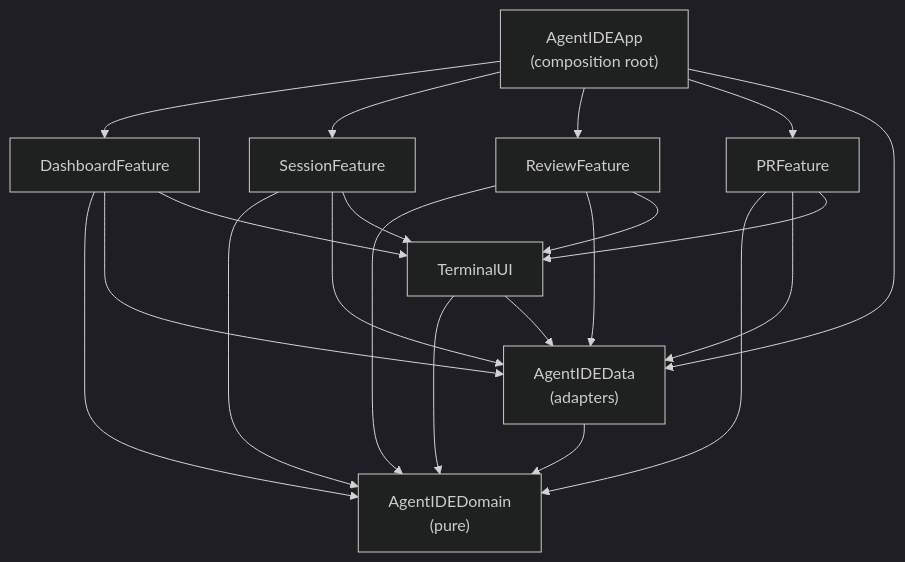
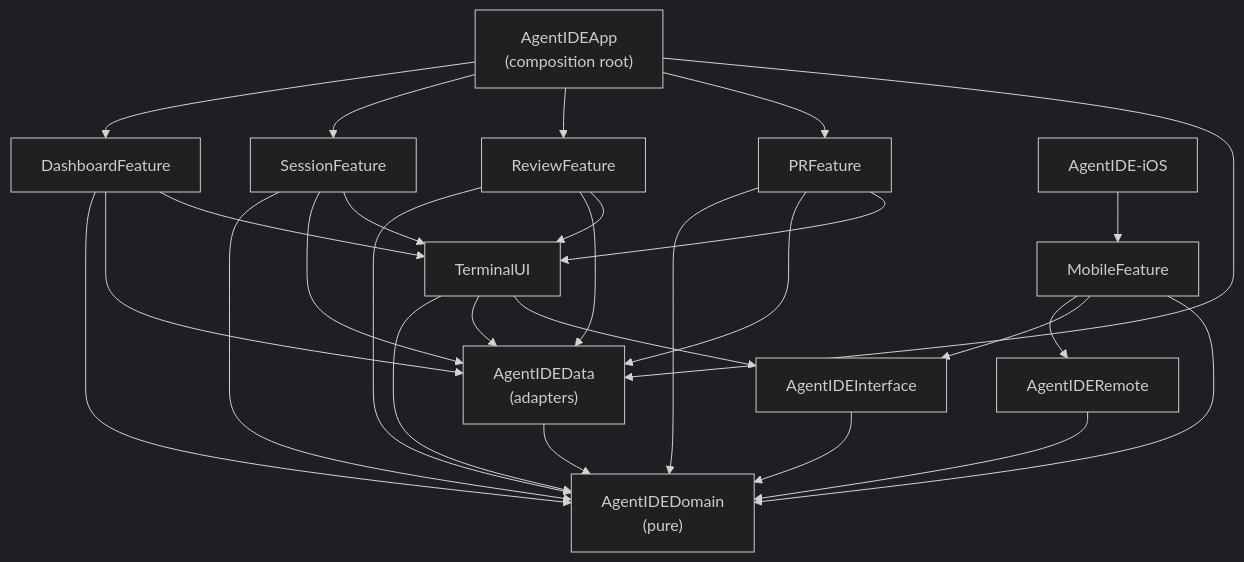
The second of 2 diagrams in ARCHITECTURE.md (MikeMcQuaid/AgentIDE), drawn with Mermaid (dark theme) before and after one commit. The commit also changed other lines of this file and 109 other files, not shown here.

````diff
--- a/ARCHITECTURE.md
+++ b/ARCHITECTURE.md
@@ -413,16 +423,23 @@
 ```mermaid
 flowchart TD
     App["AgentIDEApp<br/>(composition root)"]
     Dashboard["DashboardFeature"]
     Session["SessionFeature"]
     Review["ReviewFeature"]
     PR["PRFeature"]
     Terminal["TerminalUI"]
     Data["AgentIDEData<br/>(adapters)"]
     Domain["AgentIDEDomain<br/>(pure)"]
+    Phone["AgentIDE-iOS"]
+    Mobile["MobileFeature"]
+    Remote["AgentIDERemote"]
+    Interface["AgentIDEInterface"]
 
     App --> Dashboard & Session & Review & PR & Data
     Dashboard & Session & Review & PR --> Domain & Data & Terminal
-    Terminal --> Domain & Data
+    Phone --> Mobile
+    Mobile --> Remote & Interface & Domain
+    Remote & Interface --> Domain
+    Terminal --> Domain & Data & Interface
     Data --> Domain
 ```
````
